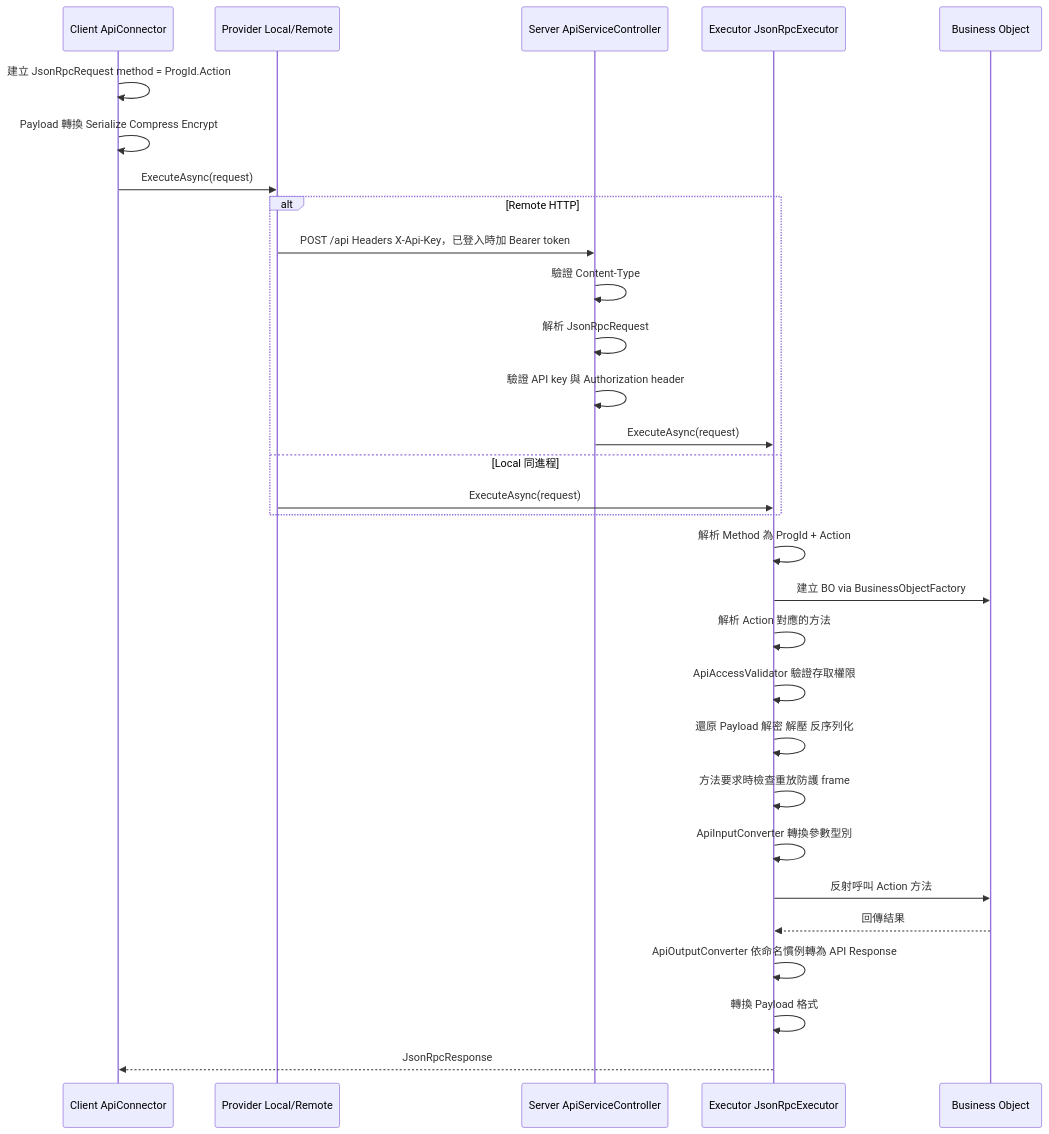
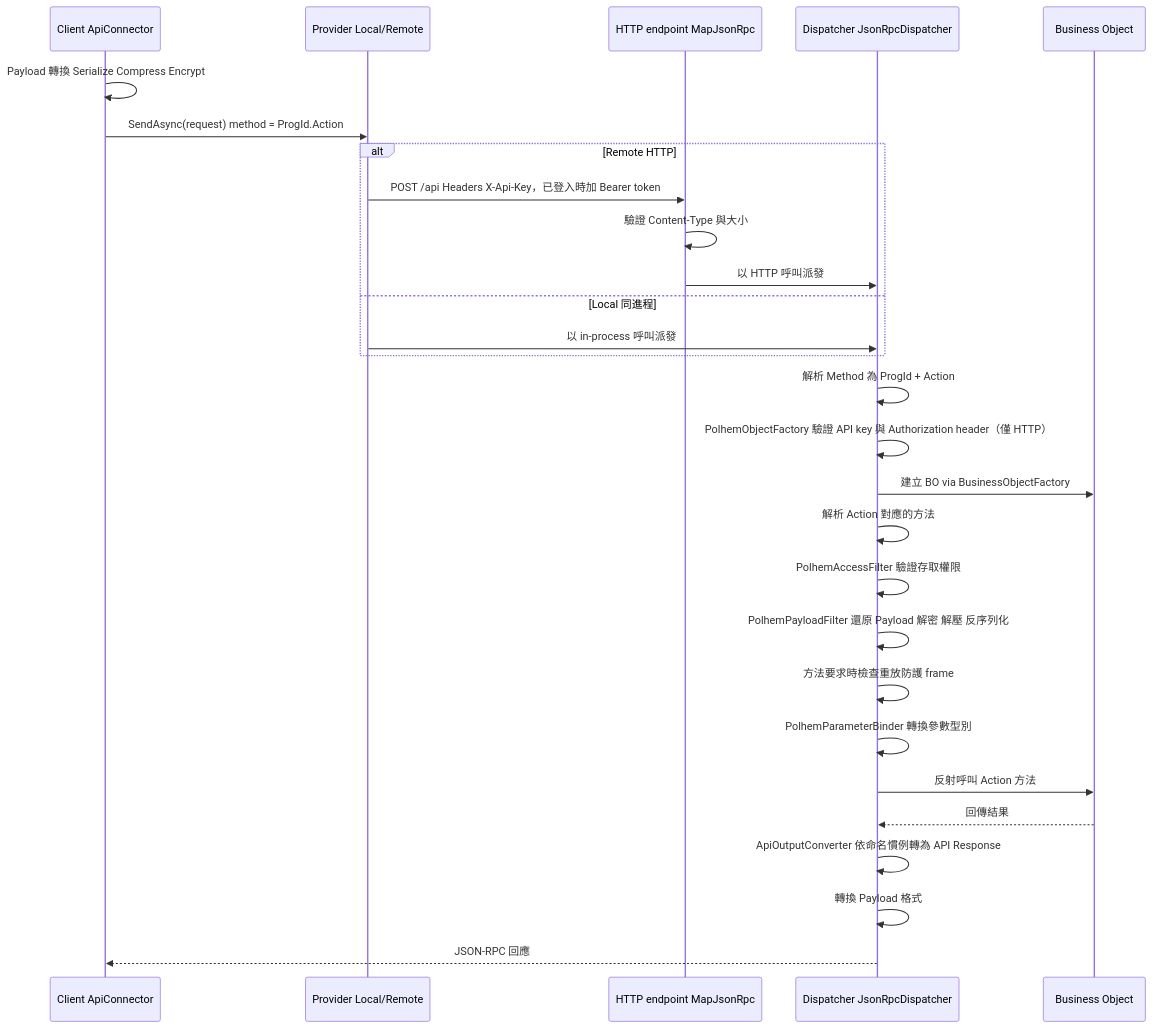
Before and after one commit to polhem-dev/polhem: the diagram in docs/zh-TW/guides/development-cookbook.md, drawn with Mermaid. The commit also changed other lines of this file and 195 other files, not shown here.

First line of the commit message:
Run JSON-RPC on the Polhem.JsonRpc packages for 1.2.0 [all-db] (#46)

````diff
--- a/docs/zh-TW/guides/development-cookbook.md
+++ b/docs/zh-TW/guides/development-cookbook.md
@@ -78,35 +78,33 @@
 ```mermaid
 sequenceDiagram
     participant C as Client ApiConnector
     participant P as Provider Local/Remote
-    participant S as Server ApiServiceController
-    participant E as Executor JsonRpcExecutor
+    participant H as HTTP endpoint MapJsonRpc
+    participant D as Dispatcher JsonRpcDispatcher
     participant B as Business Object
 
-    C->>C: 建立 JsonRpcRequest method = ProgId.Action
     C->>C: Payload 轉換 Serialize Compress Encrypt
-    C->>P: ExecuteAsync(request)
+    C->>P: SendAsync(request) method = ProgId.Action
 
     alt Remote HTTP
-        P->>S: POST /api Headers X-Api-Key，已登入時加 Bearer token
-        S->>S: 驗證 Content-Type
-        S->>S: 解析 JsonRpcRequest
-        S->>S: 驗證 API key 與 Authorization header
-        S->>E: ExecuteAsync(request)
+        P->>H: POST /api Headers X-Api-Key，已登入時加 Bearer token
+        H->>H: 驗證 Content-Type 與大小
+        H->>D: 以 HTTP 呼叫派發
     else Local 同進程
-        P->>E: ExecuteAsync(request)
+        P->>D: 以 in-process 呼叫派發
     end
 
-    E->>E: 解析 Method 為 ProgId + Action
-    E->>B: 建立 BO via BusinessObjectFactory
-    E->>E: 解析 Action 對應的方法
-    E->>E: ApiAccessValidator 驗證存取權限
-    E->>E: 還原 Payload 解密 解壓 反序列化
-    E->>E: 方法要求時檢查重放防護 frame
-    E->>E: ApiInputConverter 轉換參數型別
-    E->>B: 反射呼叫 Action 方法
-    B-->>E: 回傳結果
-    E->>E: ApiOutputConverter 依命名慣例轉為 API Response
-    E->>E: 轉換 Payload 格式
-    E-->>C: JsonRpcResponse
+    D->>D: 解析 Method 為 ProgId + Action
+    D->>D: PolhemObjectFactory 驗證 API key 與 Authorization header（僅 HTTP）
+    D->>B: 建立 BO via BusinessObjectFactory
+    D->>D: 解析 Action 對應的方法
+    D->>D: PolhemAccessFilter 驗證存取權限
+    D->>D: PolhemPayloadFilter 還原 Payload 解密 解壓 反序列化
+    D->>D: 方法要求時檢查重放防護 frame
+    D->>D: PolhemParameterBinder 轉換參數型別
+    D->>B: 反射呼叫 Action 方法
+    B-->>D: 回傳結果
+    D->>D: ApiOutputConverter 依命名慣例轉為 API Response
+    D->>D: 轉換 Payload 格式
+    D-->>C: JSON-RPC 回應
 ```
````
